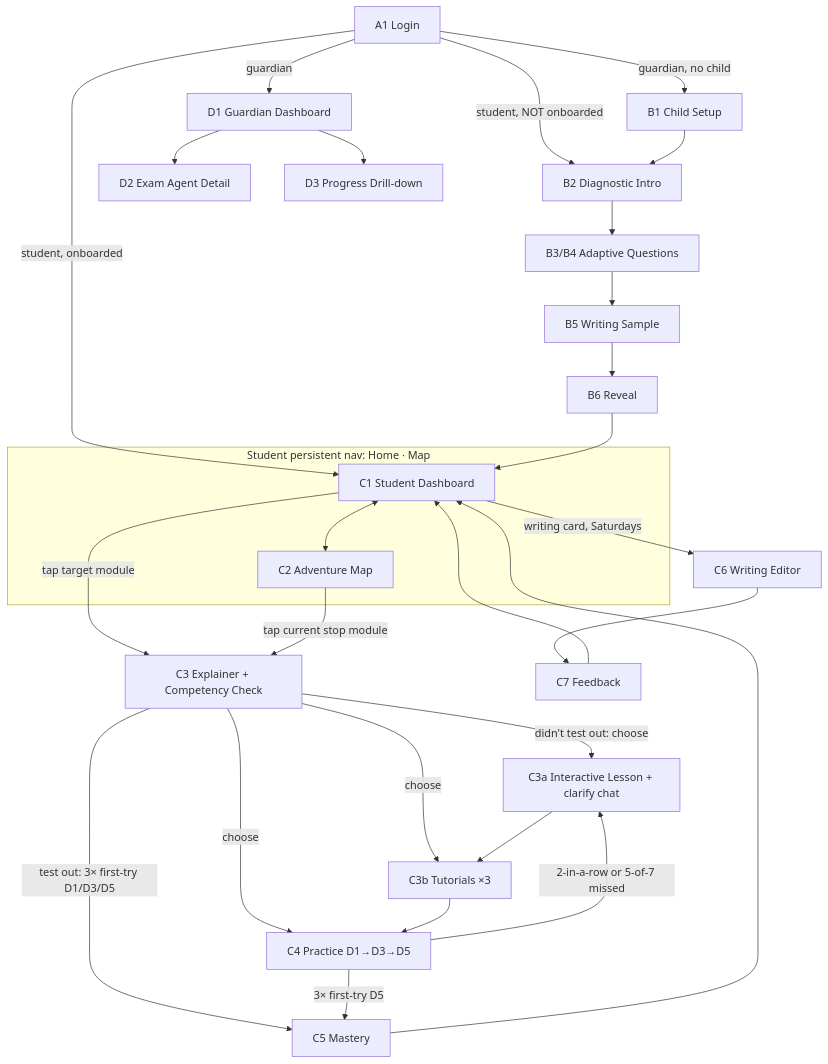
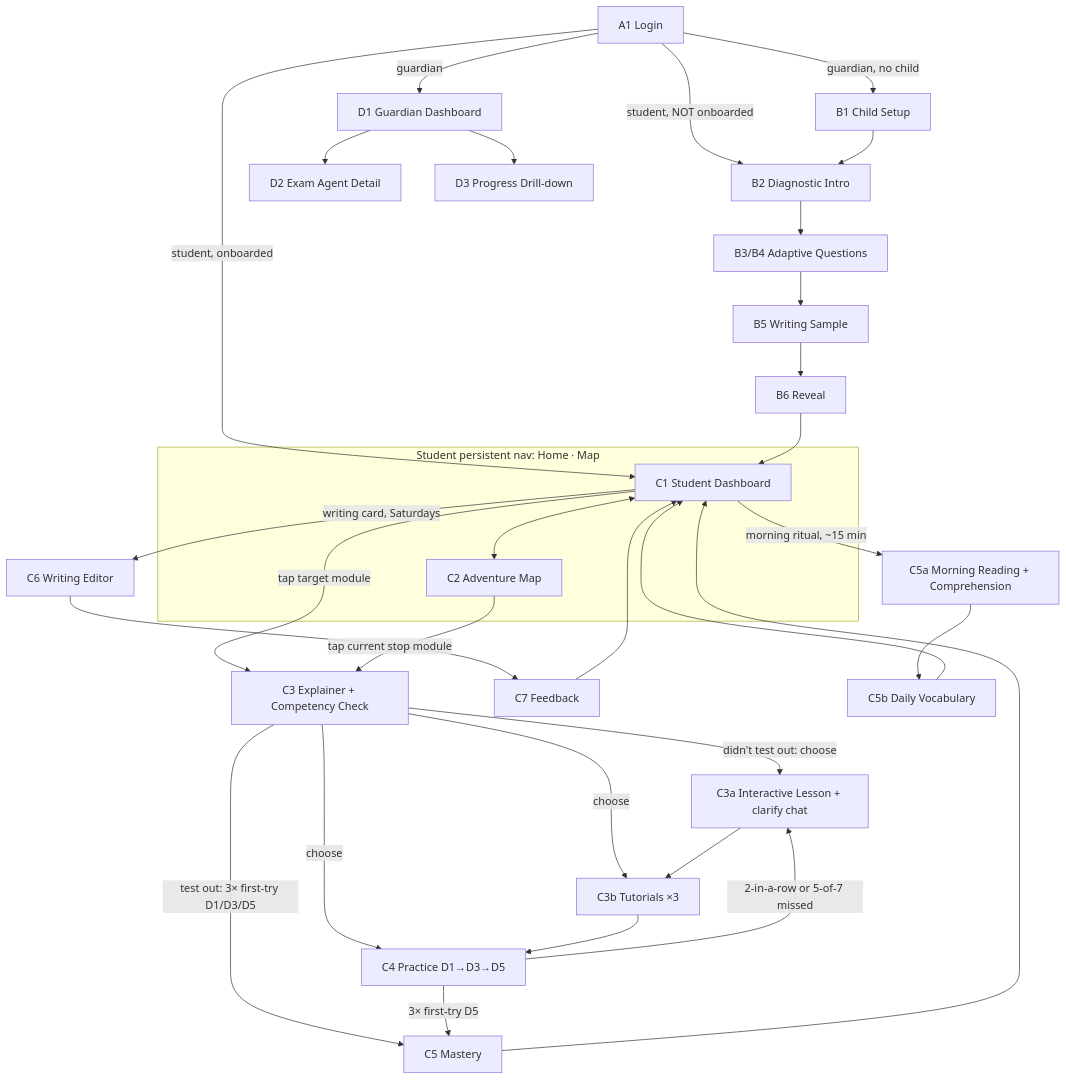
The diagram in formynieces-spec/03_SCREENS_AND_NAVIGATION.md (ipmarecheau/formynieces), drawn with Mermaid before and after one commit. The commit also changed other lines of this file and 7 other files, not shown here.

First line of the commit message:
docs(specs): add daily reading (DR) and daily vocabulary (DV) user stories

````diff
--- a/formynieces-spec/03_SCREENS_AND_NAVIGATION.md
+++ b/formynieces-spec/03_SCREENS_AND_NAVIGATION.md
@@ -81,27 +84,28 @@
 ```mermaid
 flowchart TD
     L[A1 Login] -->|student, onboarded| C1[C1 Student Dashboard]
     L -->|student, NOT onboarded| B2[B2 Diagnostic Intro]
     L -->|guardian, no child| B1[B1 Child Setup]
     L -->|guardian| D1[D1 Guardian Dashboard]
 
     B1 --> B2 --> B3[B3/B4 Adaptive Questions] --> B5[B5 Writing Sample] --> B6[B6 Reveal] --> C1
 
     subgraph StudentNav [Student persistent nav: Home · Map]
       C1 <--> C2[C2 Adventure Map]
     end
     C1 -->|tap target module| C3[C3 Explainer + Competency Check]
     C3 -->|test out: 3× first-try D1/D3/D5| C5[C5 Mastery]
     C3 -->|didn't test out: choose| C3a[C3a Interactive Lesson + clarify chat]
     C3 -->|choose| C3b[C3b Tutorials ×3]
     C3 -->|choose| C4[C4 Practice D1→D3→D5]
     C3a --> C3b --> C4
     C4 -->|2-in-a-row or 5-of-7 missed| C3a
     C4 -->|3× first-try D5| C5
     C5 --> C1
     C2 -->|tap current stop module| C3
     C1 -->|writing card, Saturdays| C6[C6 Writing Editor] --> C7[C7 Feedback] --> C1
+    C1 -->|morning ritual, ~15 min| C5a[C5a Morning Reading + Comprehension] --> C5b[C5b Daily Vocabulary] --> C1
 
     D1 --> D2[D2 Exam Agent Detail]
     D1 --> D3[D3 Progress Drill-down]
 ```
````
